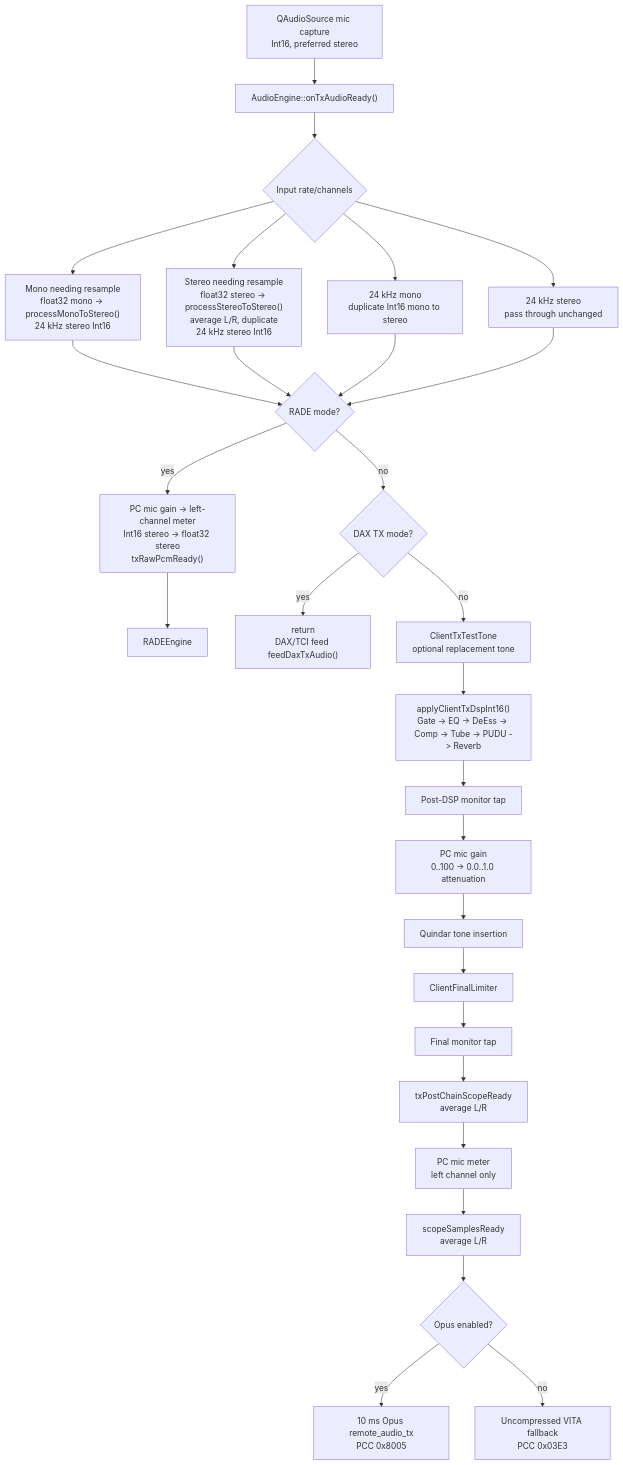
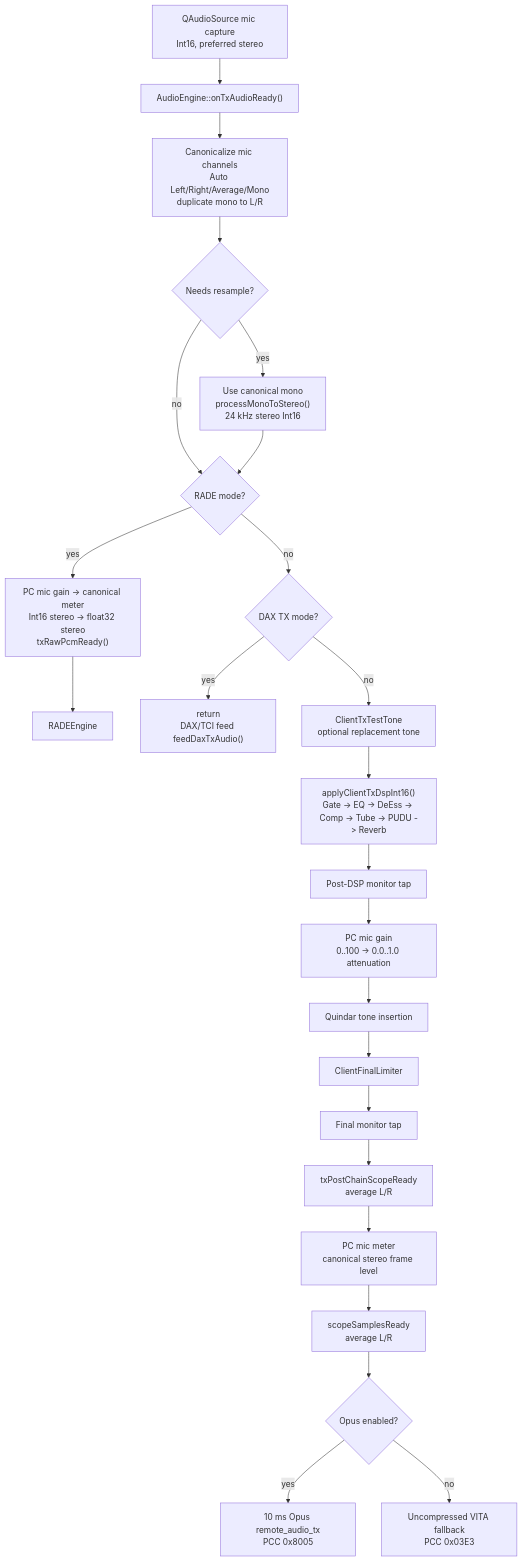
Before and after one commit to loveoz/AetherSDR: the second of 4 diagrams in docs/audio-pipeline.md, drawn with Mermaid. The commit also changed other lines of this file and 6 other files, not shown here.

First line of the commit message:
[core] Fix TX mic stereo channel canonicalization (#2572)

````diff
--- a/docs/audio-pipeline.md
+++ b/docs/audio-pipeline.md
@@ -219,30 +219,26 @@
 ```mermaid
 flowchart TD
     A["QAudioSource mic capture<br/>Int16, preferred stereo"] --> B["AudioEngine::onTxAudioReady()"]
-    B --> C{"Input rate/channels"}
-    C --> D["Mono needing resample<br/>float32 mono -> processMonoToStereo()<br/>24 kHz stereo Int16"]
-    C --> E["Stereo needing resample<br/>float32 stereo -> processStereoToStereo()<br/>average L/R, duplicate<br/>24 kHz stereo Int16"]
-    C --> F["24 kHz mono<br/>duplicate Int16 mono to stereo"]
-    C --> G["24 kHz stereo<br/>pass through unchanged"]
-    D --> H{"RADE mode?"}
+    B --> C["Canonicalize mic channels<br/>Auto Left/Right/Average/Mono<br/>duplicate mono to L/R"]
+    C --> D{"Needs resample?"}
+    D -->|yes| E["Use canonical mono<br/>processMonoToStereo()<br/>24 kHz stereo Int16"]
+    D -->|no| H{"RADE mode?"}
     E --> H
-    F --> H
-    G --> H
-    H -->|yes| I["PC mic gain -> left-channel meter<br/>Int16 stereo -> float32 stereo<br/>txRawPcmReady()"]
+    H -->|yes| I["PC mic gain -> canonical meter<br/>Int16 stereo -> float32 stereo<br/>txRawPcmReady()"]
     I --> J["RADEEngine"]
     H -->|no| K{"DAX TX mode?"}
     K -->|yes| L["return<br/>DAX/TCI feed feedDaxTxAudio()"]
     K -->|no| M["ClientTxTestTone<br/>optional replacement tone"]
     M --> N["applyClientTxDspInt16()<br/>Gate -> EQ -> DeEss -> Comp -> Tube -> PUDU -> Reverb"]
     N --> O["Post-DSP monitor tap"]
     O --> P["PC mic gain<br/>0..100 -> 0.0..1.0 attenuation"]
     P --> Q["Quindar tone insertion"]
     Q --> R["ClientFinalLimiter"]
     R --> S["Final monitor tap"]
     S --> T["txPostChainScopeReady<br/>average L/R"]
-    T --> U["PC mic meter<br/>left channel only"]
+    T --> U["PC mic meter<br/>canonical stereo frame level"]
     U --> V["scopeSamplesReady<br/>average L/R"]
     V --> W{"Opus enabled?"}
     W -->|yes| X["10 ms Opus remote_audio_tx<br/>PCC 0x8005"]
     W -->|no| Y["Uncompressed VITA fallback<br/>PCC 0x03E3"]
 ```
````
